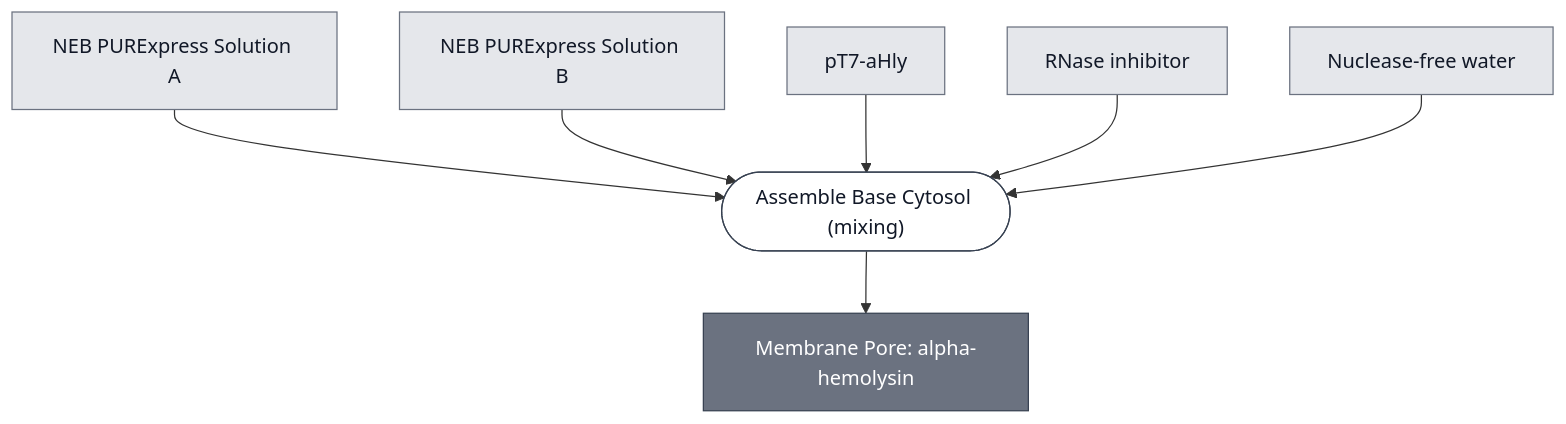
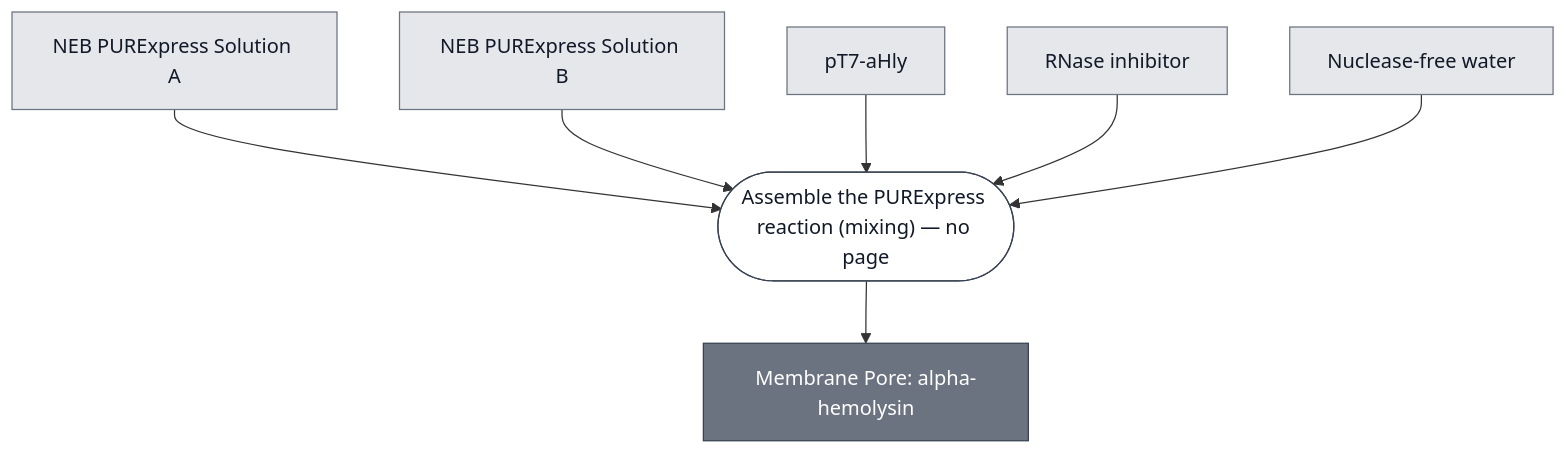
Before and after one commit to nucleus-eng/nucleus-docs: the diagram in docs/modules/membrane-pore-ahly/spec.md, drawn with Mermaid. The commit also changed other lines of this file and 1 other file, not shown here.

First paragraph of the commit message:
The aHly protocol is the kit's, not Base Cytosol's
Jon, 2026-09-25: "ahly protocol link should point at the kit, not base
cytosol."

````diff
--- a/docs/modules/membrane-pore-ahly/spec.md
+++ b/docs/modules/membrane-pore-ahly/spec.md
@@ -37,29 +37,28 @@
 ```mermaid
 flowchart TD
     PUREXPRESS_SOLUTION_A["NEB PURExpress Solution A"]
     PUREXPRESS_SOLUTION_B["NEB PURExpress Solution B"]
     AHLY_DNA["pT7-aHly"]
     RNASE_INHIBITOR["RNase inhibitor"]
     WATER["Nuclease-free water"]
 
-    P1_ASSEMBLE_REACTION_0(["Assemble Base Cytosol (mixing)"])
+    P1_ASSEMBLE_REACTION_0(["Assemble the PURExpress reaction (mixing) — no page"])
     MEMBRANE_PORE_AHLY["Membrane Pore: alpha-hemolysin"]
 
     PUREXPRESS_SOLUTION_A --> P1_ASSEMBLE_REACTION_0
     PUREXPRESS_SOLUTION_B --> P1_ASSEMBLE_REACTION_0
     AHLY_DNA --> P1_ASSEMBLE_REACTION_0
     RNASE_INHIBITOR --> P1_ASSEMBLE_REACTION_0
     WATER --> P1_ASSEMBLE_REACTION_0
     P1_ASSEMBLE_REACTION_0 --> MEMBRANE_PORE_AHLY
 
 
     classDef leaf     fill:#e5e7eb,stroke:#6b7280,color:#111827;
     classDef composed fill:#6b7280,stroke:#374151,color:#ffffff;
     classDef process  fill:#ffffff,stroke:#374151,color:#111827;
     class PUREXPRESS_SOLUTION_A,PUREXPRESS_SOLUTION_B,AHLY_DNA,RNASE_INHIBITOR,WATER leaf;
     class MEMBRANE_PORE_AHLY composed;
     class P1_ASSEMBLE_REACTION_0 process;
 
-    click P1_ASSEMBLE_REACTION_0 "/docs/processes/assemble-base-cytosol/main"
     click MEMBRANE_PORE_AHLY "/docs/modules/membrane-pore-ahly/spec"
 ```
````
